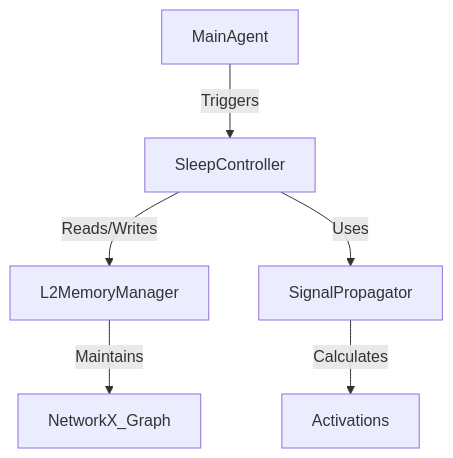
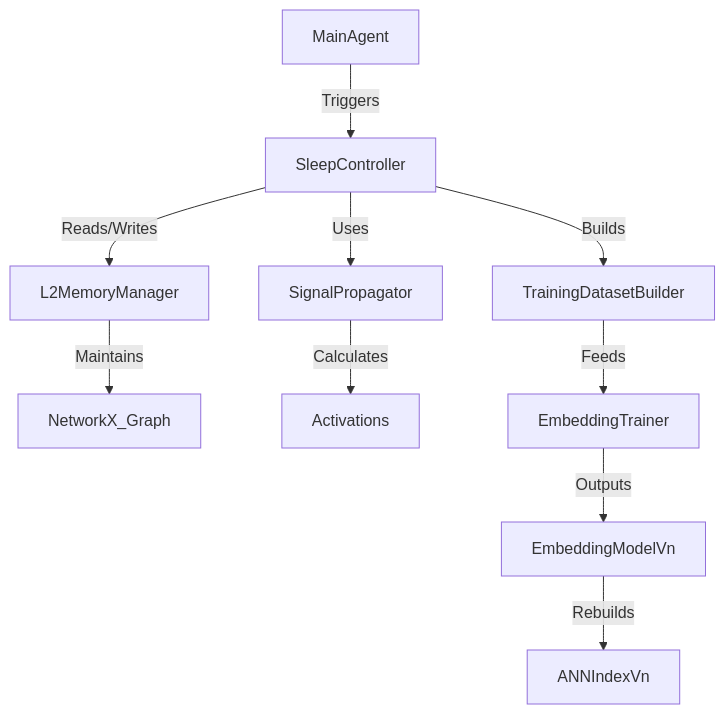
The diagram in docs/research/phase2/draft_specification.md (docxology/InsightSpike-AI), drawn with Mermaid before and after one commit. The commit also changed other lines of this file and 17 other files, not shown here.

````diff
--- a/docs/research/phase2/draft_specification.md
+++ b/docs/research/phase2/draft_specification.md
@@ -79,8 +94,12 @@
 ```mermaid
 graph TD
     MainAgent -->|Triggers| SleepController
     SleepController -->|Reads/Writes| L2MemoryManager
     L2MemoryManager -->|Maintains| NetworkX_Graph
     SleepController -->|Uses| SignalPropagator
     SignalPropagator -->|Calculates| Activations
+    SleepController -->|Builds| TrainingDatasetBuilder
+    TrainingDatasetBuilder -->|Feeds| EmbeddingTrainer
+    EmbeddingTrainer -->|Outputs| EmbeddingModelVn
+    EmbeddingModelVn -->|Rebuilds| ANNIndexVn
 ```
````
